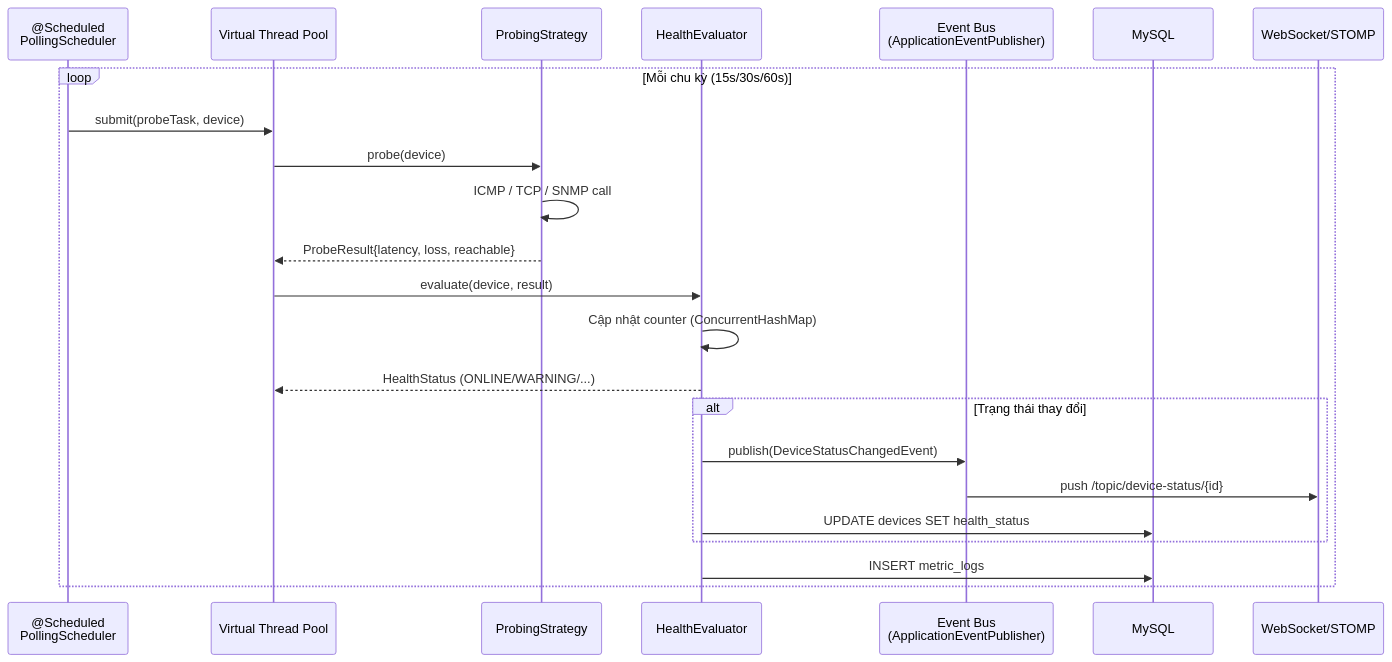
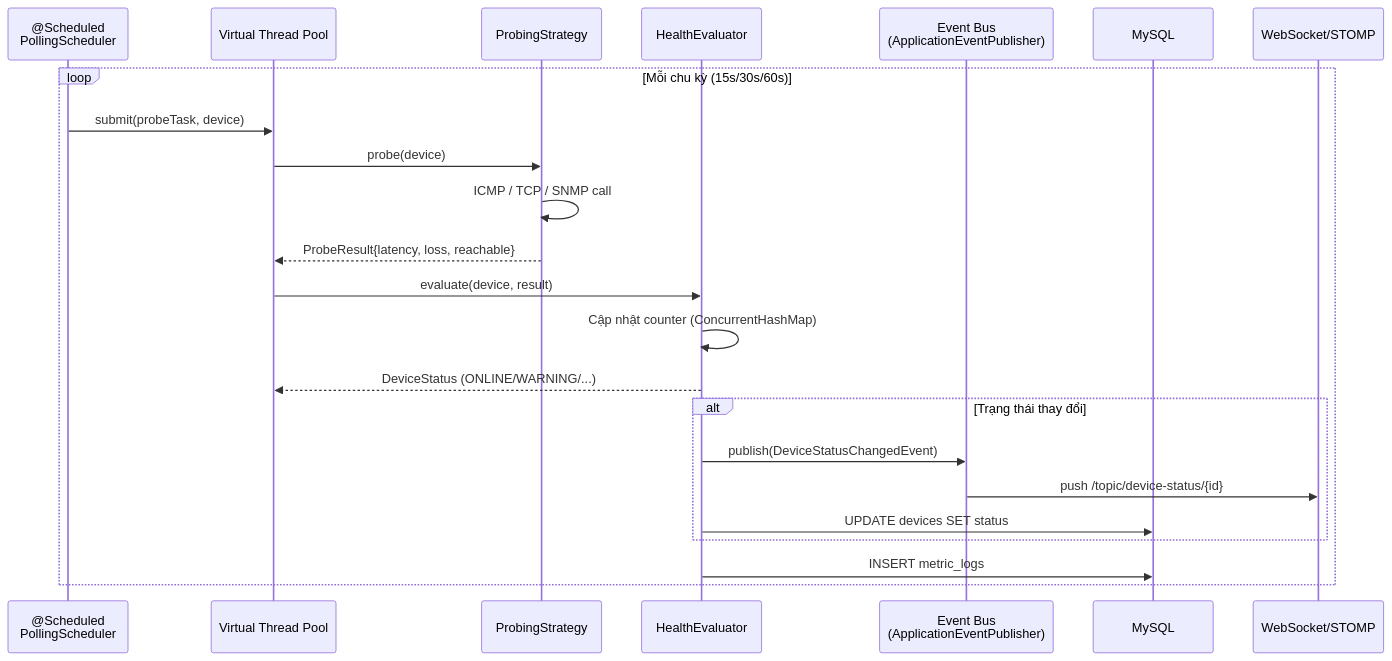
The second of 2 diagrams in rules/system_design.md (mrti-dev/network-monitor), drawn with Mermaid before and after one commit. The commit also changed other lines of this file and 3 other files, not shown here.

````diff
--- a/rules/system_design.md
+++ b/rules/system_design.md
@@ -125,26 +125,26 @@
 ```mermaid
 sequenceDiagram
     participant S as @Scheduled<br/>PollingScheduler
     participant VT as Virtual Thread Pool
     participant P as ProbingStrategy
     participant E as HealthEvaluator
     participant EB as Event Bus<br/>(ApplicationEventPublisher)
     participant DB as MySQL
     participant WS as WebSocket/STOMP
 
     loop Mỗi chu kỳ (15s/30s/60s)
         S->>VT: submit(probeTask, device)
         VT->>P: probe(device)
         P->>P: ICMP / TCP / SNMP call
         P-->>VT: ProbeResult{latency, loss, reachable}
         VT->>E: evaluate(device, result)
         E->>E: Cập nhật counter (ConcurrentHashMap)
-        E-->>VT: HealthStatus (ONLINE/WARNING/...)
+        E-->>VT: DeviceStatus (ONLINE/WARNING/...)
         alt Trạng thái thay đổi
             E->>EB: publish(DeviceStatusChangedEvent)
             EB->>WS: push /topic/device-status/{id}
-            E->>DB: UPDATE devices SET health_status
+            E->>DB: UPDATE devices SET status
         end
         E->>DB: INSERT metric_logs
     end
 ```
````
